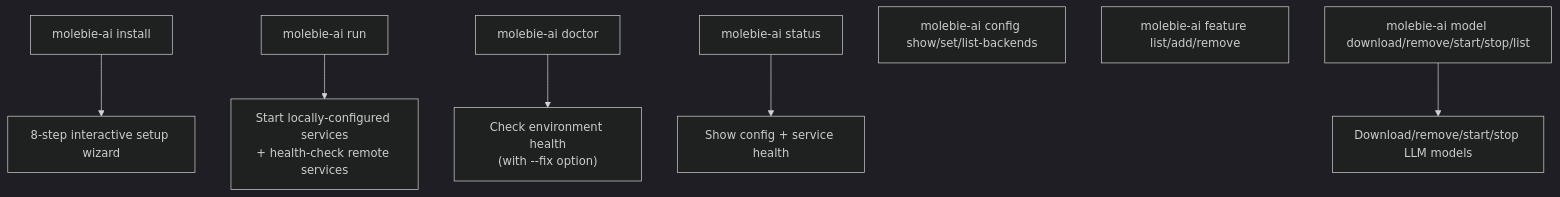
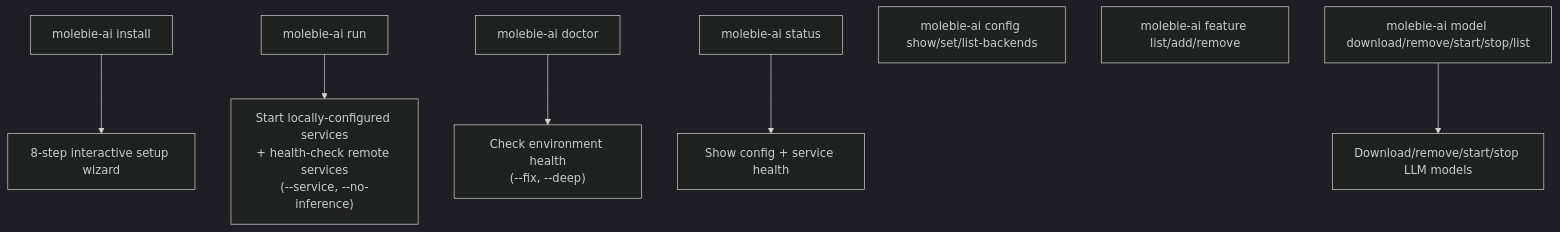
One commit to Jimmy6929/Molebie_AI changed diagram 13 of 14 in full_system_architecture_map_730d3d3f.plan.md. Above: the diagram before and after it, drawn with Mermaid (dark theme). The commit also changed other lines of this file, not shown here.

First line of the commit message:
Update architecture doc: voice flow, RAG metrics, APIs

````diff
--- a/full_system_architecture_map_730d3d3f.plan.md
+++ b/full_system_architecture_map_730d3d3f.plan.md
@@ -676,16 +694,16 @@
 ```mermaid
 flowchart TD
     Install["molebie-ai install"]
     Run["molebie-ai run"]
     Doctor["molebie-ai doctor"]
     Status["molebie-ai status"]
     Config["molebie-ai config show/set/list-backends"]
     Feature["molebie-ai feature list/add/remove"]
     Model["molebie-ai model download/remove/start/stop/list"]
 
     Install --> Wizard["8-step interactive setup wizard"]
-    Run --> Start["Start locally-configured services\n+ health-check remote services"]
-    Doctor --> Diagnose["Check environment health\n(with --fix option)"]
+    Run --> Start["Start locally-configured services\n+ health-check remote services\n(--service, --no-inference)"]
+    Doctor --> Diagnose["Check environment health\n(--fix, --deep)"]
     Status --> Show["Show config + service health"]
     Model --> ModelMgmt["Download/remove/start/stop LLM models"]
 ```
````
